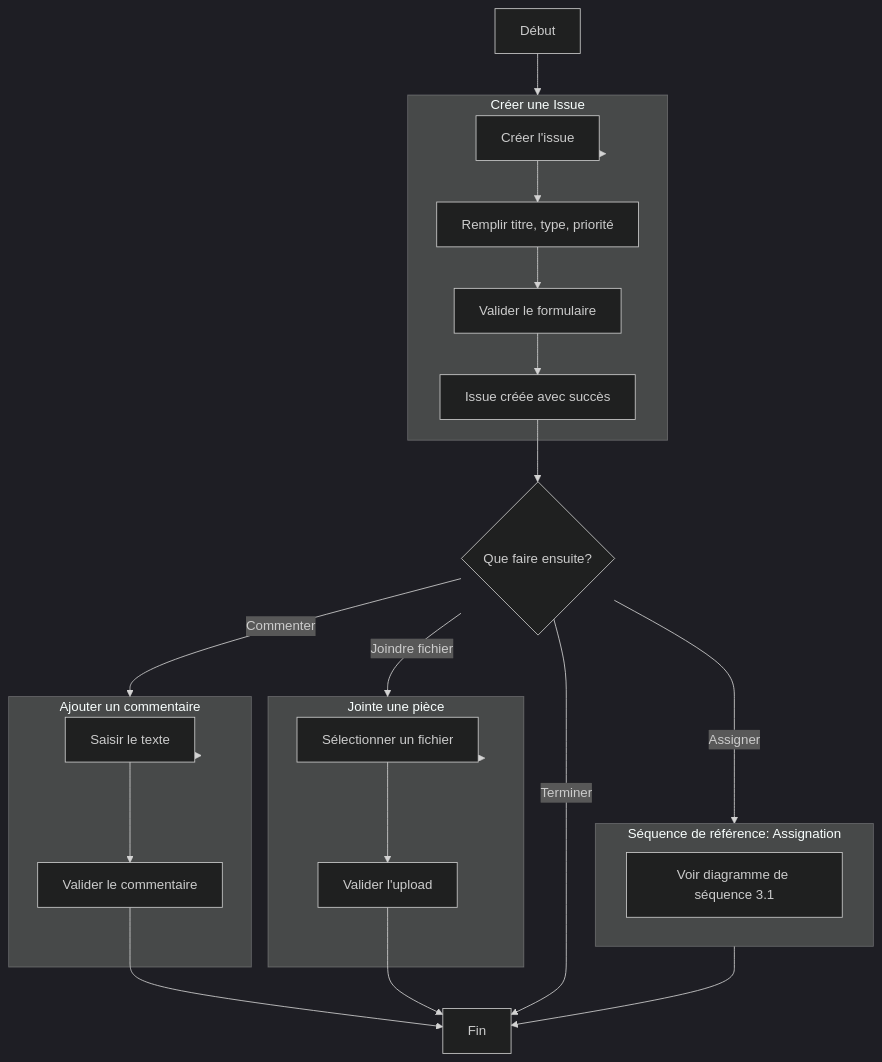
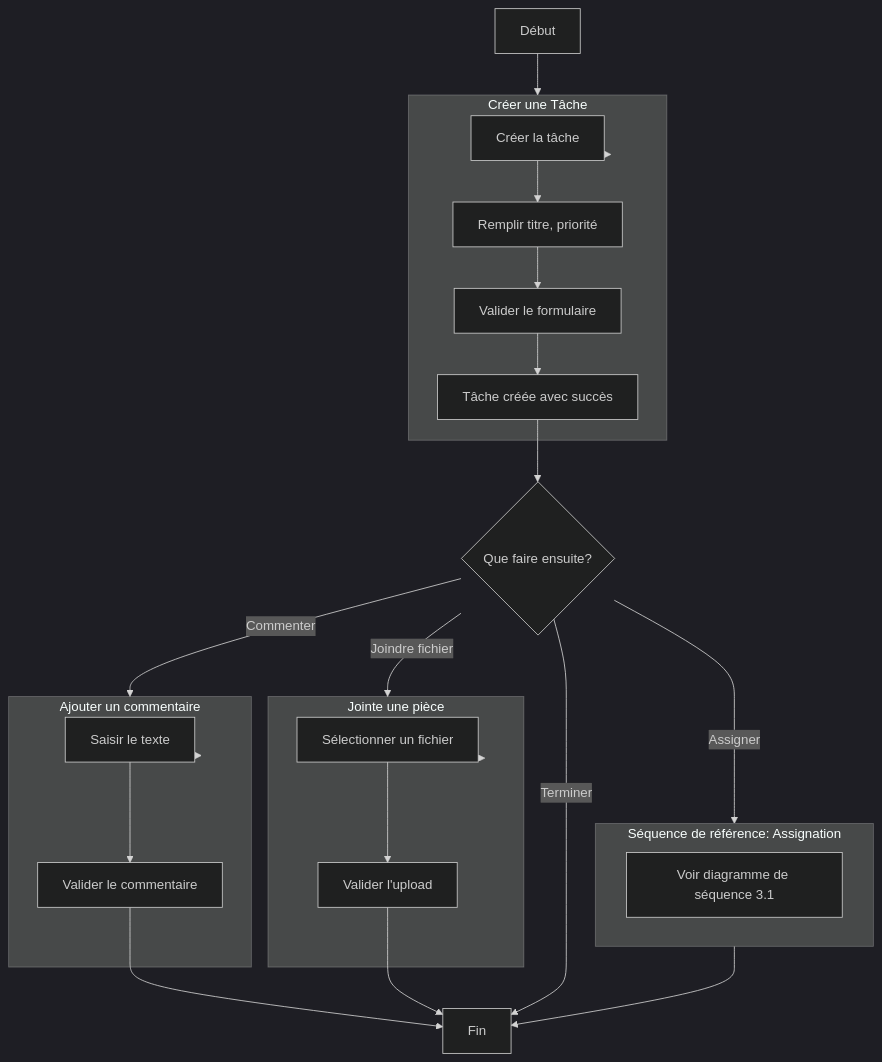
Diagram 19 of 19 in docs/fiche-classes.md (24231-Brahim/gestion_taches), drawn with Mermaid (dark theme) before and after one commit. The commit also changed other lines of this file and 42 other files, not shown here.

````diff
--- a/docs/fiche-classes.md
+++ b/docs/fiche-classes.md
@@ -961,39 +944,39 @@
 ```mermaid
 flowchart TD
-    subgraph Création[Créer une Issue]
-        A1[Créer l'issue]
-        A2[Remplir titre, type, priorité]
+    subgraph Création[Créer une Tâche]
+        A1[Créer la tâche]
+        A2[Remplir titre, priorité]
         A3[Valider le formulaire]
-        A4[Issue créée avec succès]
+        A4[Tâche créée avec succès]
     end
 
     subgraph AjoutComment[Ajouter un commentaire]
         B1[Saisir le texte]
         B2[Valider le commentaire]
     end
 
     subgraph AjoutPiece[Jointe une pièce]
         C1[Sélectionner un fichier]
         C2[Valider l'upload]
     end
 
     subgraph RefSequence[Séquence de référence: Assignation]
         D[Voir diagramme de séquence 3.1]
     end
 
     Début[Début] --> Création
     Création --> A1 --> A2 --> A3 --> A4
 
     A4 --> Choix{Que faire ensuite?}
 
     Choix -->|Commenter| AjoutComment
     AjoutComment --> B1 --> B2 --> Fin
 
     Choix -->|Joindre fichier| AjoutPiece
     AjoutPiece --> C1 --> C2 --> Fin
 
     Choix -->|Assigner| RefSequence
     RefSequence --> Fin
 
     Choix -->|Terminer| Fin[Fin]
 ```
````
